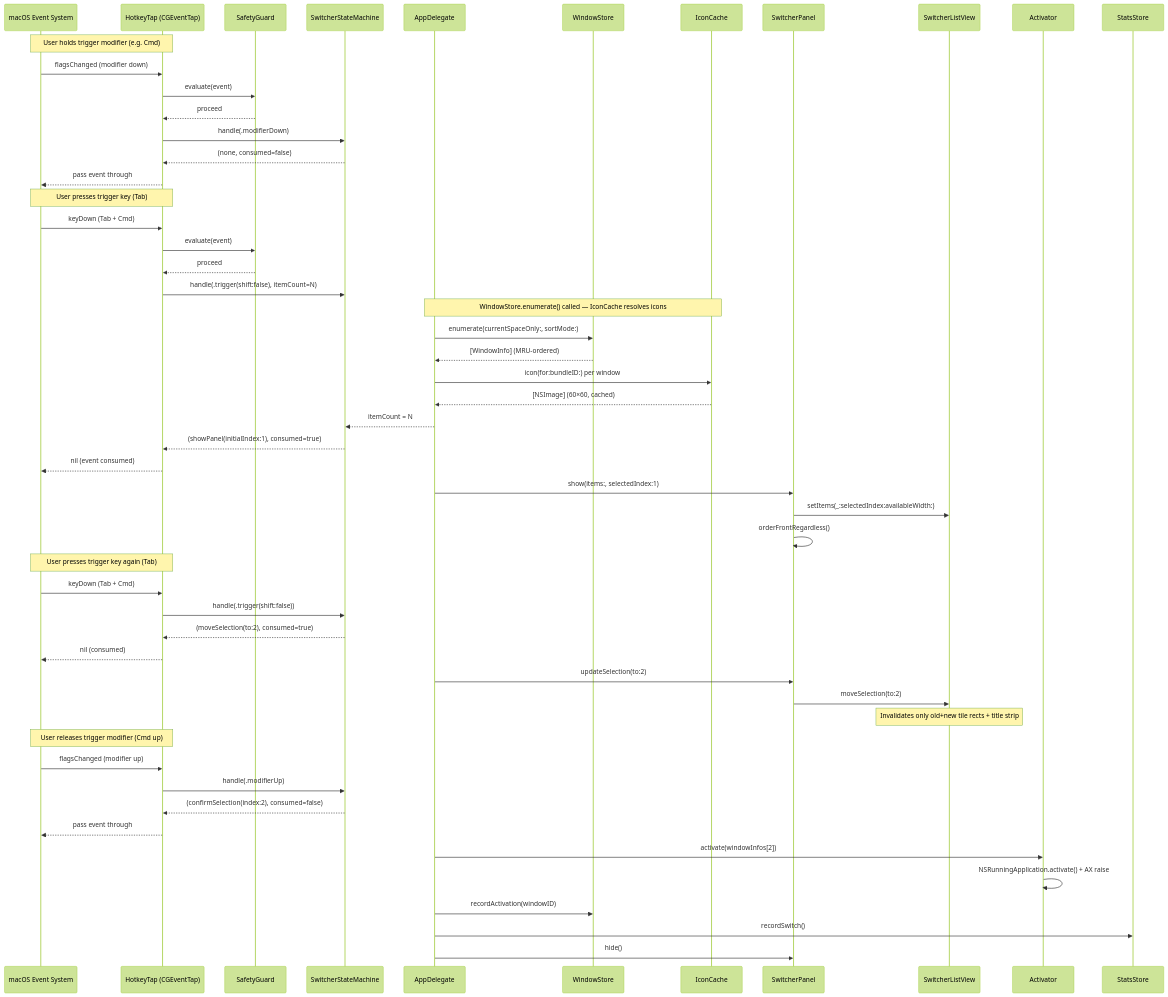
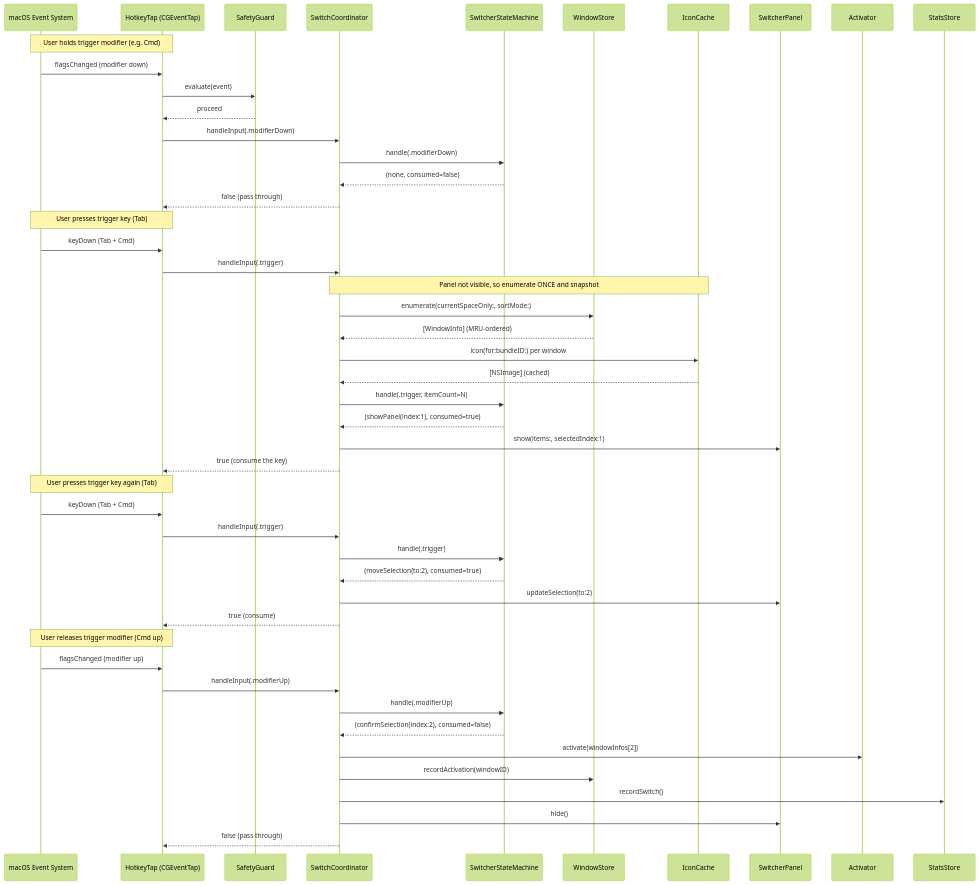
The second of 3 diagrams in docs/ARCHITECTURE.md (senkentarou/ShakaPachi), drawn with Mermaid (forest theme) before and after one commit. The commit also changed other lines of this file and 1 other file, not shown here.

First line of the commit message:
docs: rewrite ARCHITECTURE.md as a beginner-oriented walkthrough (#19)

````diff
--- a/docs/ARCHITECTURE.md
+++ b/docs/ARCHITECTURE.md
@@ -90,59 +188,54 @@
 ```mermaid
 sequenceDiagram
     participant OS as macOS Event System
     participant HT as HotkeyTap (CGEventTap)
     participant SG as SafetyGuard
+    participant SC as SwitchCoordinator
     participant SSM as SwitcherStateMachine
-    participant AD as AppDelegate
     participant WS as WindowStore
     participant IC as IconCache
     participant SP as SwitcherPanel
-    participant SLV as SwitcherListView
     participant ACT as Activator
     participant SS as StatsStore
 
     Note over OS,HT: User holds trigger modifier (e.g. Cmd)
     OS->>HT: flagsChanged (modifier down)
     HT->>SG: evaluate(event)
     SG-->>HT: proceed
-    HT->>SSM: handle(.modifierDown)
-    SSM-->>HT: (none, consumed=false)
-    HT-->>OS: pass event through
+    HT->>SC: handleInput(.modifierDown)
+    SC->>SSM: handle(.modifierDown)
+    SSM-->>SC: (none, consumed=false)
+    SC-->>HT: false (pass through)
 
     Note over OS,HT: User presses trigger key (Tab)
     OS->>HT: keyDown (Tab + Cmd)
-    HT->>SG: evaluate(event)
-    SG-->>HT: proceed
-    HT->>SSM: handle(.trigger(shift:false), itemCount=N)
-    Note over AD,IC: WindowStore.enumerate() called — IconCache resolves icons
-    AD->>WS: enumerate(currentSpaceOnly:, sortMode:)
-    WS-->>AD: [WindowInfo] (MRU-ordered)
-    AD->>IC: icon(for:bundleID:) per window
-    IC-->>AD: [NSImage] (60×60, cached)
-    AD-->>SSM: itemCount = N
-    SSM-->>HT: (showPanel(initialIndex:1), consumed=true)
-    HT-->>OS: nil (event consumed)
-    AD->>SP: show(items:, selectedIndex:1)
-    SP->>SLV: setItems(_:selectedIndex:availableWidth:)
-    SP->>SP: orderFrontRegardless()
+    HT->>SC: handleInput(.trigger)
+    Note over SC,IC: Panel not visible, so enumerate ONCE and snapshot
+    SC->>WS: enumerate(currentSpaceOnly:, sortMode:)
+    WS-->>SC: [WindowInfo] (MRU-ordered)
+    SC->>IC: icon(for:bundleID:) per window
+    IC-->>SC: [NSImage] (cached)
+    SC->>SSM: handle(.trigger, itemCount=N)
+    SSM-->>SC: (showPanel(index:1), consumed=true)
+    SC->>SP: show(items:, selectedIndex:1)
+    SC-->>HT: true (consume the key)
 
     Note over OS,HT: User presses trigger key again (Tab)
     OS->>HT: keyDown (Tab + Cmd)
-    HT->>SSM: handle(.trigger(shift:false))
-    SSM-->>HT: (moveSelection(to:2), consumed=true)
-    HT-->>OS: nil (consumed)
-    AD->>SP: updateSelection(to:2)
-    SP->>SLV: moveSelection(to:2)
-    Note over SLV: Invalidates only old+new tile rects + title strip
+    HT->>SC: handleInput(.trigger)
+    SC->>SSM: handle(.trigger)
+    SSM-->>SC: (moveSelection(to:2), consumed=true)
+    SC->>SP: updateSelection(to:2)
+    SC-->>HT: true (consume)
 
     Note over OS,HT: User releases trigger modifier (Cmd up)
     OS->>HT: flagsChanged (modifier up)
-    HT->>SSM: handle(.modifierUp)
-    SSM-->>HT: (confirmSelection(index:2), consumed=false)
-    HT-->>OS: pass event through
-    AD->>ACT: activate(windowInfos[2])
-    ACT->>ACT: NSRunningApplication.activate() + AX raise
-    AD->>WS: recordActivation(windowID)
-    AD->>SS: recordSwitch()
-    AD->>SP: hide()
+    HT->>SC: handleInput(.modifierUp)
+    SC->>SSM: handle(.modifierUp)
+    SSM-->>SC: (confirmSelection(index:2), consumed=false)
+    SC->>ACT: activate(windowInfos[2])
+    SC->>WS: recordActivation(windowID)
+    SC->>SS: recordSwitch()
+    SC->>SP: hide()
+    SC-->>HT: false (pass through)
 ```
````
